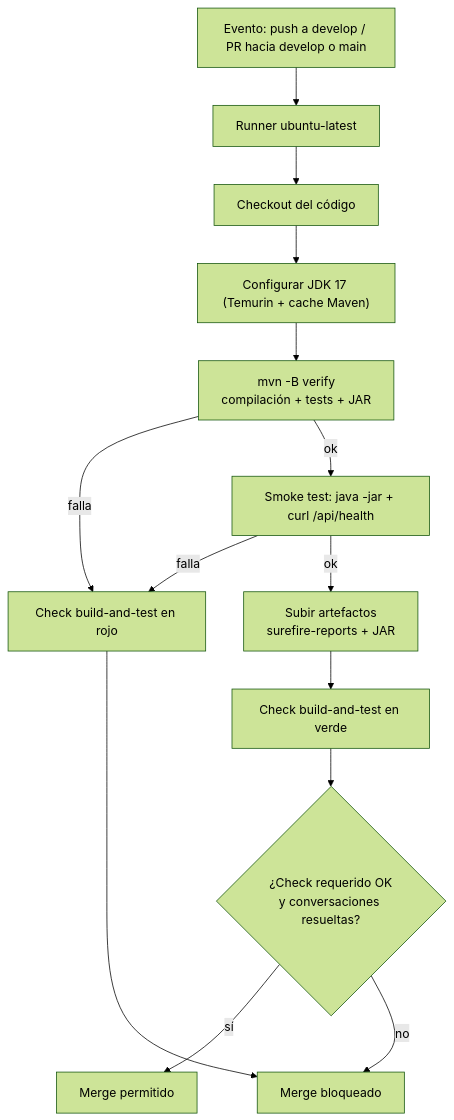
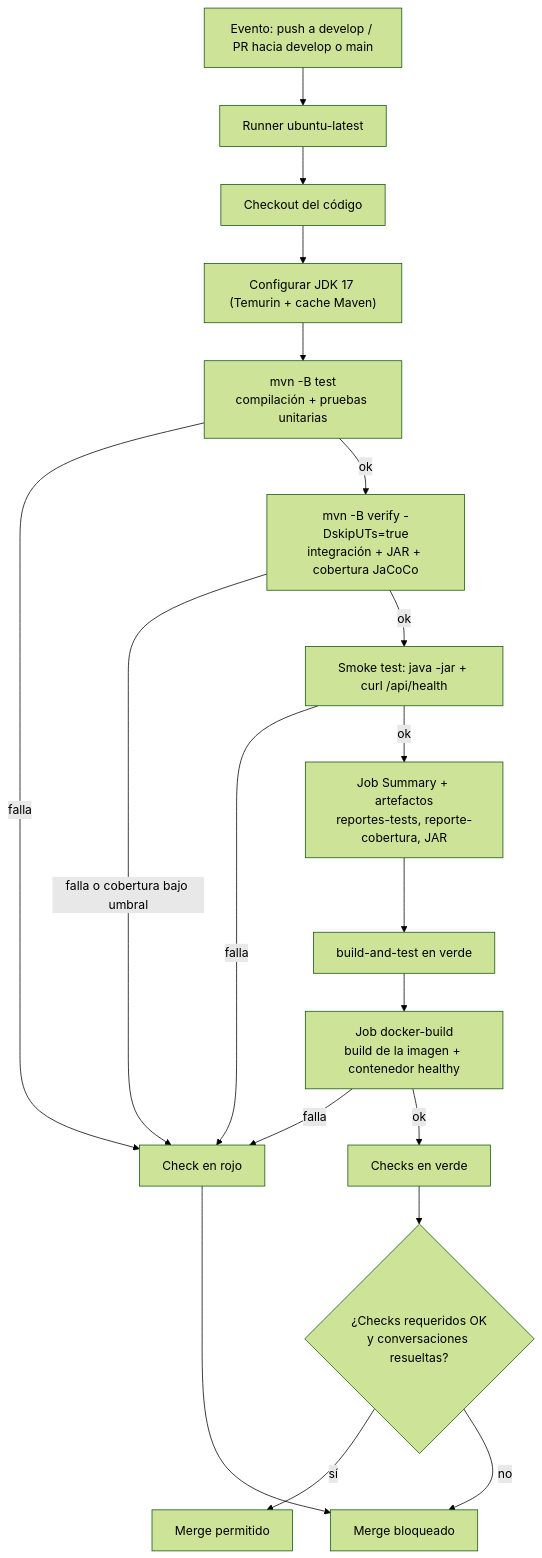
Before and after one commit to DGomezPalacios/charmeetchic_api: the second of 2 diagrams in docs/workflow.md, drawn with Mermaid (forest theme). The commit also changed other lines of this file, not shown here.

Commit message:
docs(workflow): actualiza el pipeline con pruebas separadas, cobertura y docker-build

````diff
--- a/docs/workflow.md
+++ b/docs/workflow.md
@@ -69,16 +69,21 @@
 ```mermaid
 flowchart TD
     A["Evento: push a develop / PR hacia develop o main"] --> B["Runner ubuntu-latest"]
     B --> C["Checkout del código"]
     C --> D["Configurar JDK 17 (Temurin + cache Maven)"]
-    D --> E["mvn -B verify<br/>compilación + tests + JAR"]
-    E -->|falla| X["Check build-and-test en rojo"]
-    E -->|ok| F["Smoke test: java -jar + curl /api/health"]
+    D --> E["mvn -B test<br/>compilación + pruebas unitarias"]
+    E -->|falla| X["Check en rojo"]
+    E -->|ok| E2["mvn -B verify -DskipUTs=true<br/>integración + JAR + cobertura JaCoCo"]
+    E2 -->|"falla o cobertura bajo umbral"| X
+    E2 -->|ok| F["Smoke test: java -jar + curl /api/health"]
     F -->|falla| X
-    F -->|ok| G["Subir artefactos<br/>surefire-reports + JAR"]
-    G --> H["Check build-and-test en verde"]
-    H --> I{"¿Check requerido OK<br/>y conversaciones resueltas?"}
+    F -->|ok| G["Job Summary + artefactos<br/>reportes-tests, reporte-cobertura, JAR"]
+    G --> H["build-and-test en verde"]
+    H --> D1["Job docker-build<br/>build de la imagen + contenedor healthy"]
+    D1 -->|falla| X
+    D1 -->|ok| H2["Checks en verde"]
+    H2 --> I{"¿Checks requeridos OK<br/>y conversaciones resueltas?"}
     I -->|sí| J["Merge permitido"]
     I -->|no| K["Merge bloqueado"]
     X --> K
 ```
````
